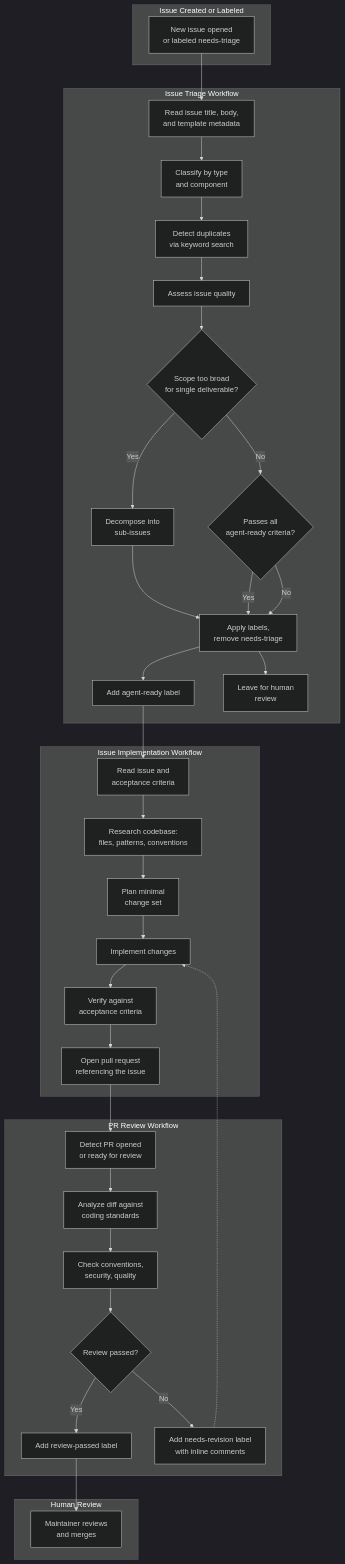
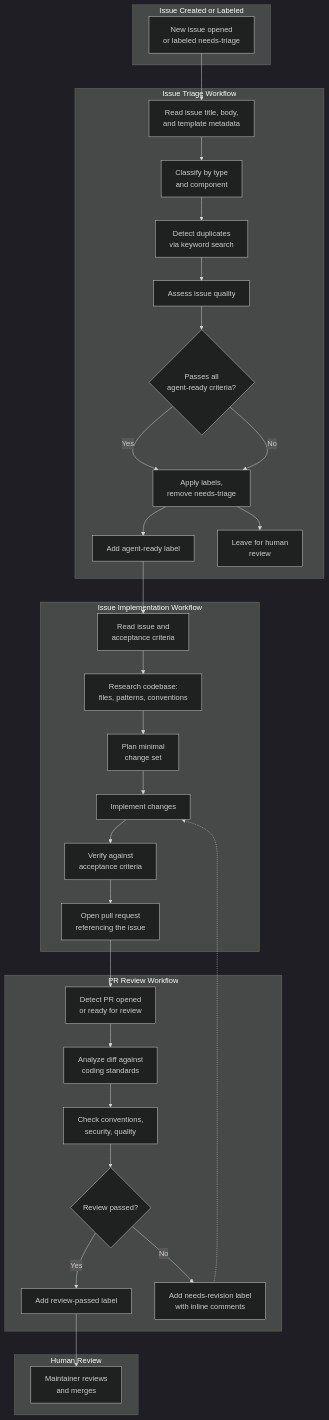
The first of 3 diagrams in docs/architecture/agentic-workflows.md (MohammedAlkindi/hve-core), drawn with Mermaid (dark theme) before and after one commit. The commit also changed other lines of this file and 2 other files, not shown here.

````diff
--- a/docs/architecture/agentic-workflows.md
+++ b/docs/architecture/agentic-workflows.md
@@ -24,68 +24,63 @@
 ```mermaid
 flowchart TD
     subgraph TRIGGER["Issue Created or Labeled"]
         A["New issue opened<br/>or labeled needs-triage"]
     end
 
     subgraph TRIAGE["Issue Triage Workflow"]
         B["Read issue title, body,<br/>and template metadata"]
         C["Classify by type<br/>and component"]
         D["Detect duplicates<br/>via keyword search"]
         E["Assess issue quality"]
-        F{"Scope too broad<br/>for single deliverable?"}
-        G["Decompose into<br/>sub-issues"]
         H{"Passes all<br/>agent-ready criteria?"}
         I["Apply labels,<br/>remove needs-triage"]
         J["Add agent-ready label"]
         K["Leave for human<br/>review"]
     end
 
     subgraph IMPLEMENT["Issue Implementation Workflow"]
         L["Read issue and<br/>acceptance criteria"]
         M["Research codebase:<br/>files, patterns, conventions"]
         N["Plan minimal<br/>change set"]
         O["Implement changes"]
         P["Verify against<br/>acceptance criteria"]
         Q["Open pull request<br/>referencing the issue"]
     end
 
     subgraph REVIEW["PR Review Workflow"]
         R["Detect PR opened<br/>or ready for review"]
         S["Analyze diff against<br/>coding standards"]
         T["Check conventions,<br/>security, quality"]
         U{"Review passed?"}
         V["Add review-passed label"]
         W["Add needs-revision label<br/>with inline comments"]
     end
 
     subgraph HUMAN["Human Review"]
         X["Maintainer reviews<br/>and merges"]
     end
 
     A --> B
     B --> C
     C --> D
     D --> E
-    E --> F
-    F -- Yes --> G
-    G --> I
-    F -- No --> H
+    E --> H
     H -- Yes --> I
     I --> J
     H -- No --> I
     I --> K
     J --> L
     L --> M
     M --> N
     N --> O
     O --> P
     P --> Q
     Q --> R
     R --> S
     S --> T
     T --> U
     U -- Yes --> V
     V --> X
     U -- No --> W
     W -.-> O
 ```
````
